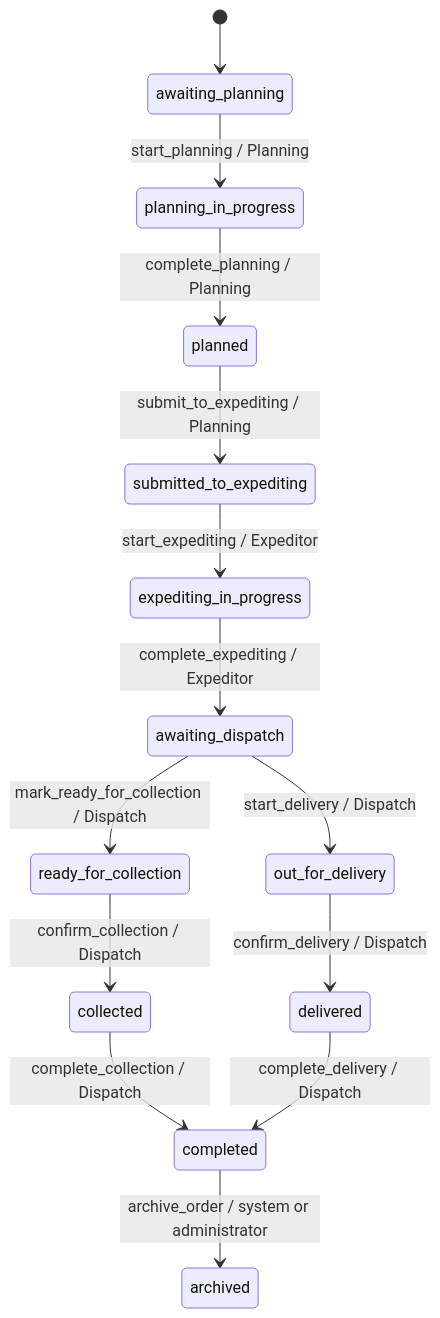
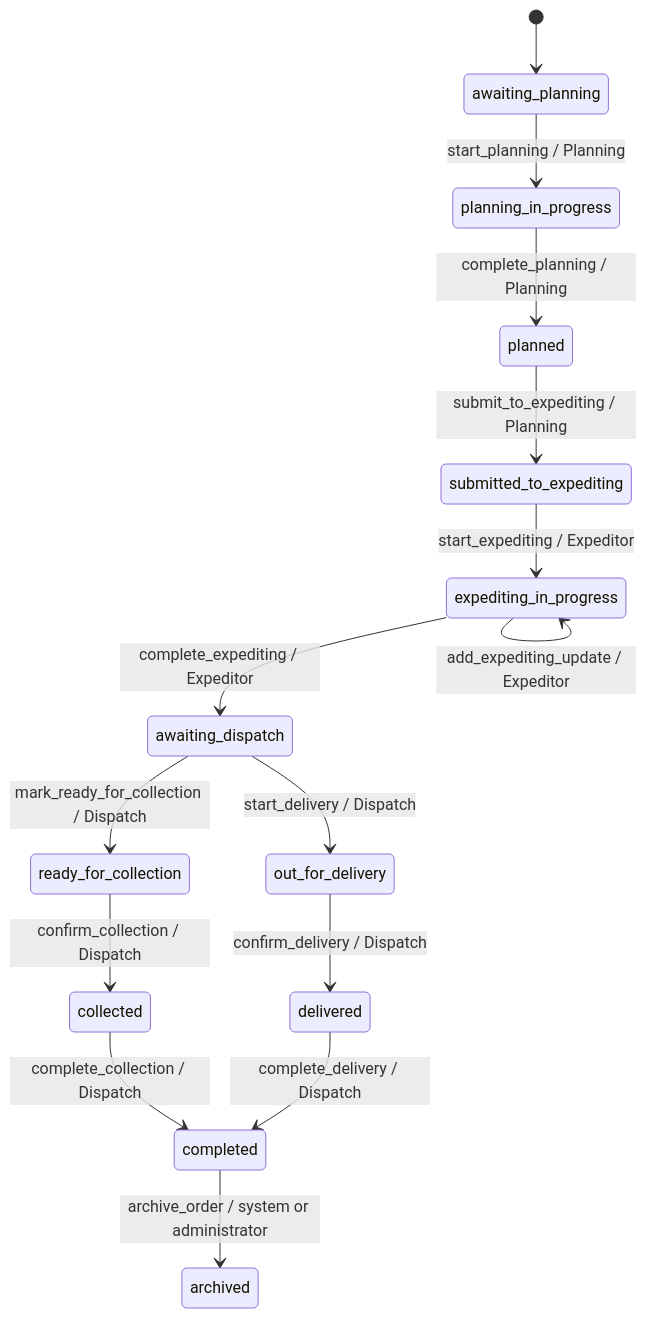
One commit to ShellyGames141up/Rhomberg-Test-App changed the second of 2 diagrams in docs/WORKFLOW_STATE_MACHINE.md. Above: the diagram before and after it, drawn with Mermaid. The commit also changed other lines of this file and 52 other files, not shown here.

````diff
--- a/docs/WORKFLOW_STATE_MACHINE.md
+++ b/docs/WORKFLOW_STATE_MACHINE.md
@@ -71,16 +114,17 @@
 ```mermaid
 stateDiagram-v2
   [*] --> awaiting_planning
   awaiting_planning --> planning_in_progress: start_planning / Planning
   planning_in_progress --> planned: complete_planning / Planning
   planned --> submitted_to_expediting: submit_to_expediting / Planning
   submitted_to_expediting --> expediting_in_progress: start_expediting / Expeditor
+  expediting_in_progress --> expediting_in_progress: add_expediting_update / Expeditor
   expediting_in_progress --> awaiting_dispatch: complete_expediting / Expeditor
   awaiting_dispatch --> ready_for_collection: mark_ready_for_collection / Dispatch
   awaiting_dispatch --> out_for_delivery: start_delivery / Dispatch
   ready_for_collection --> collected: confirm_collection / Dispatch
   out_for_delivery --> delivered: confirm_delivery / Dispatch
   collected --> completed: complete_collection / Dispatch
   delivered --> completed: complete_delivery / Dispatch
   completed --> archived: archive_order / system or administrator
 ```
````
